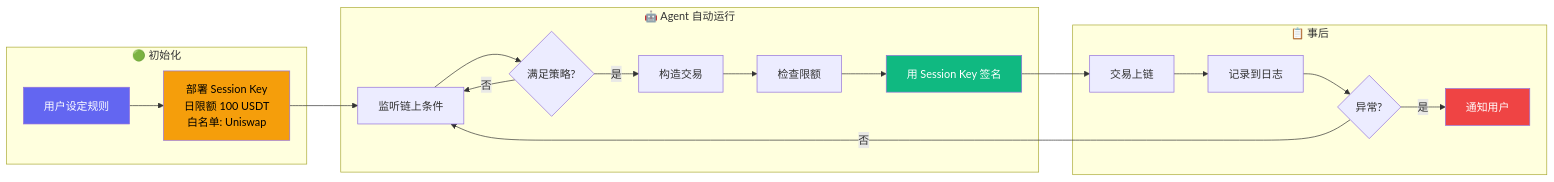
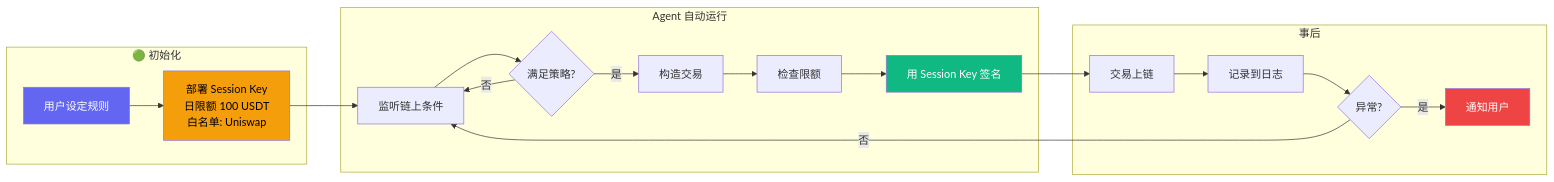
The second of 3 diagrams in AI×Web3交叉流程图.md (hwish39-byte/ai-web3-school-notes), drawn with Mermaid before and after one commit. The commit also changed other lines of this file and 9 other files, not shown here.

````diff
--- a/AI×Web3交叉流程图.md
+++ b/AI×Web3交叉流程图.md
@@ -48,28 +48,28 @@
 ```mermaid
 flowchart LR
-    subgraph INIT["🟢 初始化"]
-        U1[用户设定规则] --> U2[部署 Session Key<br/>日限额 100 USDT<br/>白名单: Uniswap]
-    end
+ subgraph INIT["🟢 初始化"]
+ U1[用户设定规则] --> U2[部署 Session Key<br/>日限额 100 USDT<br/>白名单: Uniswap]
+ end
 
-    subgraph AGENT["🤖 Agent 自动运行"]
-        U2 --> A1[监听链上条件]
-        A1 --> A2{满足策略?}
-        A2 -- 否 --> A1
-        A2 -- 是 --> A3[构造交易]
-        A3 --> A4[检查限额]
-        A4 --> A5[用 Session Key 签名]
-    end
+ subgraph AGENT[" Agent 自动运行"]
+ U2 --> A1[监听链上条件]
+ A1 --> A2{满足策略?}
+ A2 -- 否 --> A1
+ A2 -- 是 --> A3[构造交易]
+ A3 --> A4[检查限额]
+ A4 --> A5[用 Session Key 签名]
+ end
 
-    subgraph POST["📋 事后"]
-        A5 --> C1[交易上链]
-        C1 --> C2[记录到日志]
-        C2 --> C3{异常?}
-        C3 -- 是 --> C4[通知用户]
-        C3 -- 否 --> A1
-    end
+ subgraph POST[" 事后"]
+ A5 --> C1[交易上链]
+ C1 --> C2[记录到日志]
+ C2 --> C3{异常?}
+ C3 -- 是 --> C4[通知用户]
+ C3 -- 否 --> A1
+ end
 
-    style U1 fill:#6366f1,color:#fff
-    style U2 fill:#f59e0b,color:#000
-    style A5 fill:#10b981,color:#fff
-    style C4 fill:#ef4444,color:#fff
+ style U1 fill:#6366f1,color:#fff
+ style U2 fill:#f59e0b,color:#000
+ style A5 fill:#10b981,color:#fff
+ style C4 fill:#ef4444,color:#fff
 ```
````
